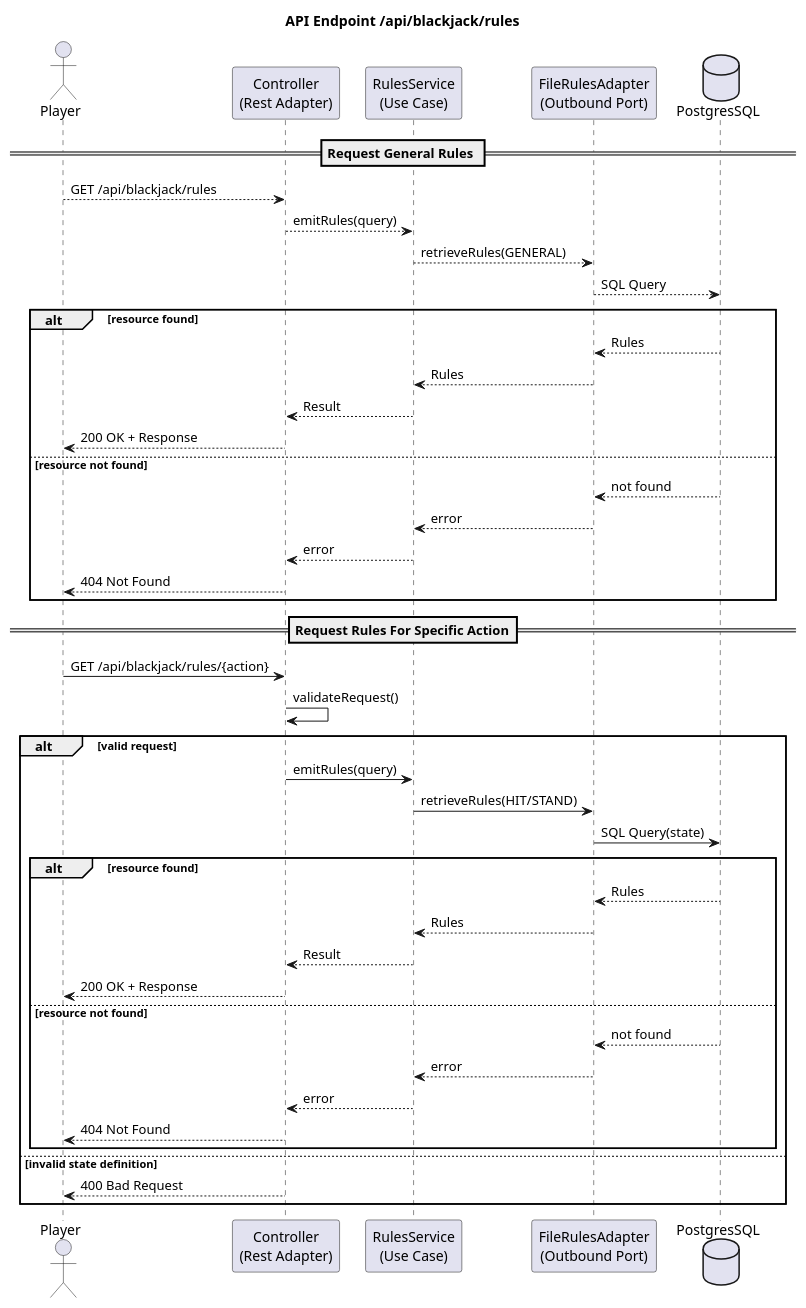
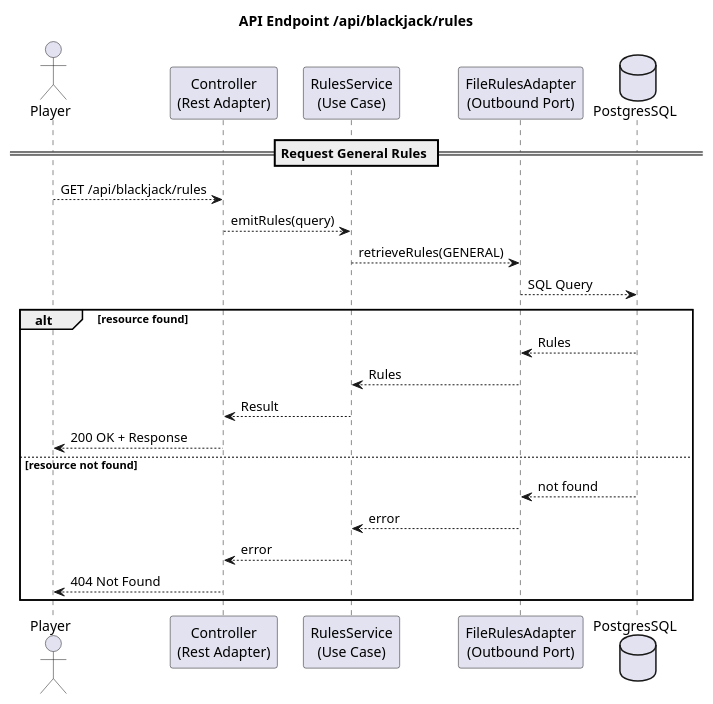
Before and after one commit to voelkerh/Blackjack: the diagram in docs/uml/sequence_diagram_rules.puml, drawn with PlantUML. The commit also changed 1 other file, not shown here.

Commit message:
Separate rules diagrams

```diff
--- a/docs/uml/sequence_diagram_rules.puml
+++ b/docs/uml/sequence_diagram_rules.puml
@@ -1,62 +1,32 @@
 @startuml
 title API Endpoint /api/blackjack/rules
 actor Player
 
 participant "Controller\n(Rest Adapter)" as Controller
 participant "RulesService\n(Use Case)" as Service
 participant "FileRulesAdapter\n(Outbound Port)" as Adapter
 database PostgresSQL
 
 == Request General Rules ==
 
     Player --> Controller : GET /api/blackjack/rules
     Controller --> Service : emitRules(query)
     Service --> Adapter : retrieveRules(GENERAL)
     Adapter --> PostgresSQL : SQL Query
 
 alt resource found
 
     PostgresSQL --> Adapter : Rules
     Adapter --> Service : Rules
     Service --> Controller : Result
     Controller --> Player : 200 OK + Response
 
 else resource not found
     PostgresSQL --> Adapter : not found
     Adapter --> Service : error
     Service --> Controller : error
     Controller --> Player : 404 Not Found
 
 end
 
-== Request Rules For Specific Action==
-
-Player -> Controller : GET /api/blackjack/rules/{action}
-Controller -> Controller : validateRequest()
-
-alt valid request
-
-        Controller -> Service : emitRules(query)
-        Service -> Adapter : retrieveRules(HIT/STAND)
-        Adapter -> PostgresSQL : SQL Query(state)
-
-    alt resource found
-        PostgresSQL --> Adapter : Rules
-        Adapter --> Service : Rules
-        Service --> Controller : Result
-        Controller --> Player : 200 OK + Response
-
-    else resource not found
-        PostgresSQL --> Adapter : not found
-        Adapter --> Service : error
-        Service --> Controller : error
-        Controller --> Player : 404 Not Found
-    end
-
-else invalid state definition
-
-    Controller --> Player : 400 Bad Request
-
-end
-
 @enduml
```
